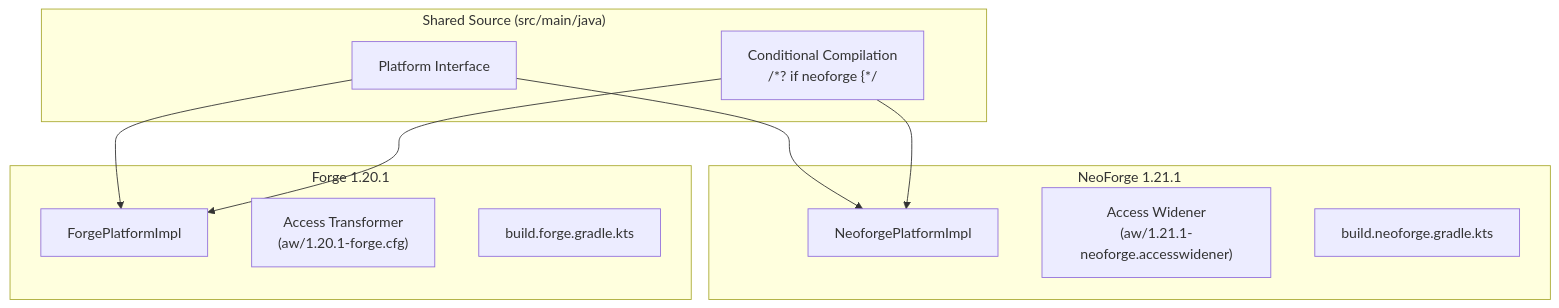
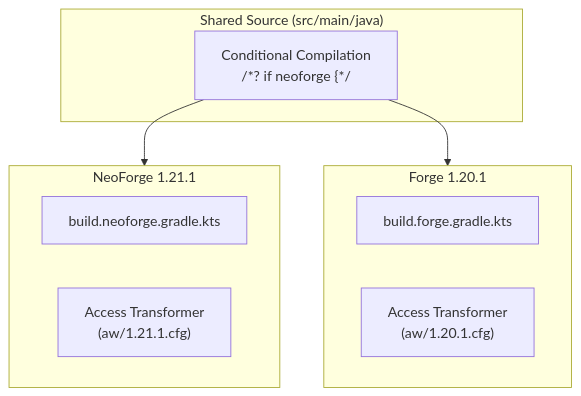
Before and after one commit to sshcrack/talking-colonists: the diagram in docs/architecture/platform-abstraction.md, drawn with Mermaid. The commit also changed other lines of this file and 21 other files, not shown here.

First line of the commit message:
docs: remove platform interface references, fix tool counts, clean up diagrams

````diff
--- a/docs/architecture/platform-abstraction.md
+++ b/docs/architecture/platform-abstraction.md
@@ -7,24 +7,19 @@
 ```mermaid
 flowchart TD
  subgraph Common["Shared Source (src/main/java)"]
- PI["Platform Interface"]
- CC["Conditional Compilation<br/>/*? if neoforge {*/"]
+  CC["Conditional Compilation<br/>/*? if neoforge {*/"]
  end
 
  subgraph NeoForgeImpl["NeoForge 1.21.1"]
- NFI["NeoforgePlatformImpl"]
- NFAW["Access Widener<br/>(aw/1.21.1-neoforge.accesswidener)"]
- NFBuild["build.neoforge.gradle.kts"]
+  NFBuild["build.neoforge.gradle.kts"]
+   NFAW["Access Transformer<br/>(aw/1.21.1.cfg)"]
  end
 
  subgraph ForgeImpl["Forge 1.20.1"]
- FI["ForgePlatformImpl"]
- FAC["Access Transformer<br/>(aw/1.20.1-forge.cfg)"]
- FBuild["build.forge.gradle.kts"]
+  FBuild["build.forge.gradle.kts"]
+  FAC["Access Transformer<br/>(aw/1.20.1.cfg)"]
  end
 
- PI --> NFI
- PI --> FI
- CC --> NFI
- CC --> FI
+ CC --> NeoForgeImpl
+ CC --> ForgeImpl
 ```
````
